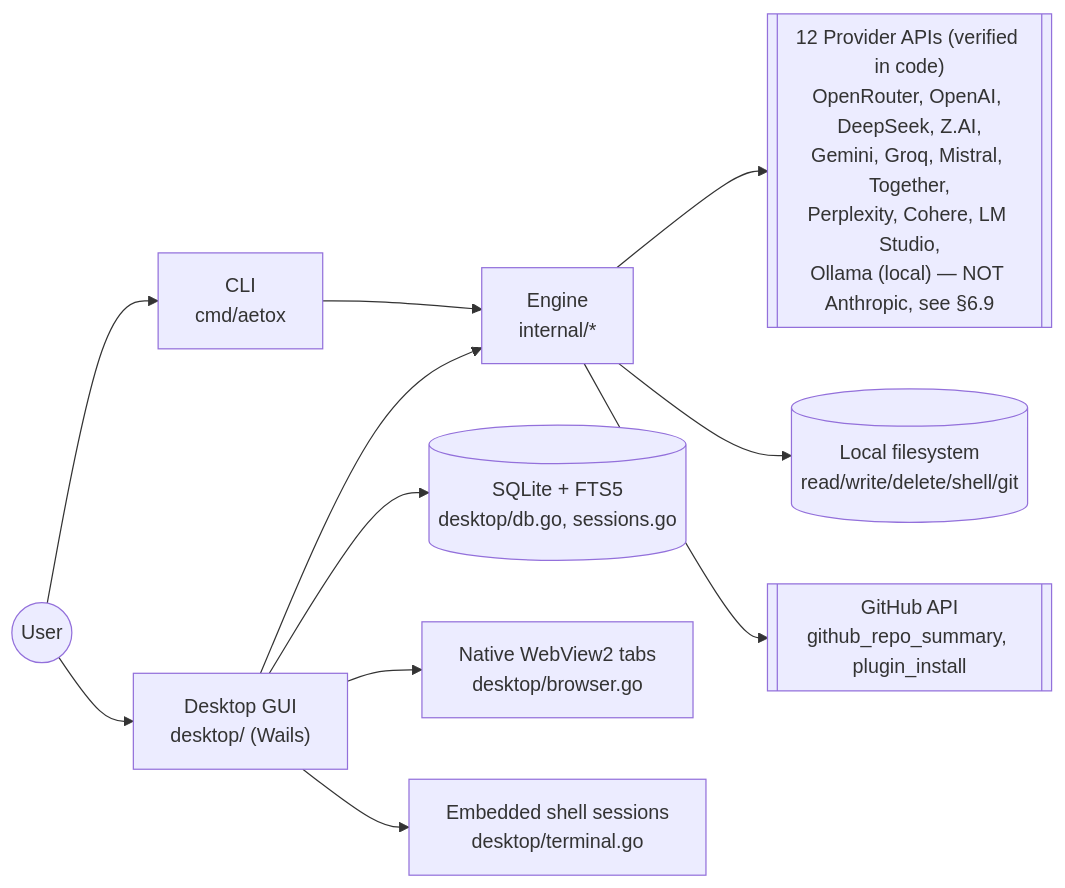
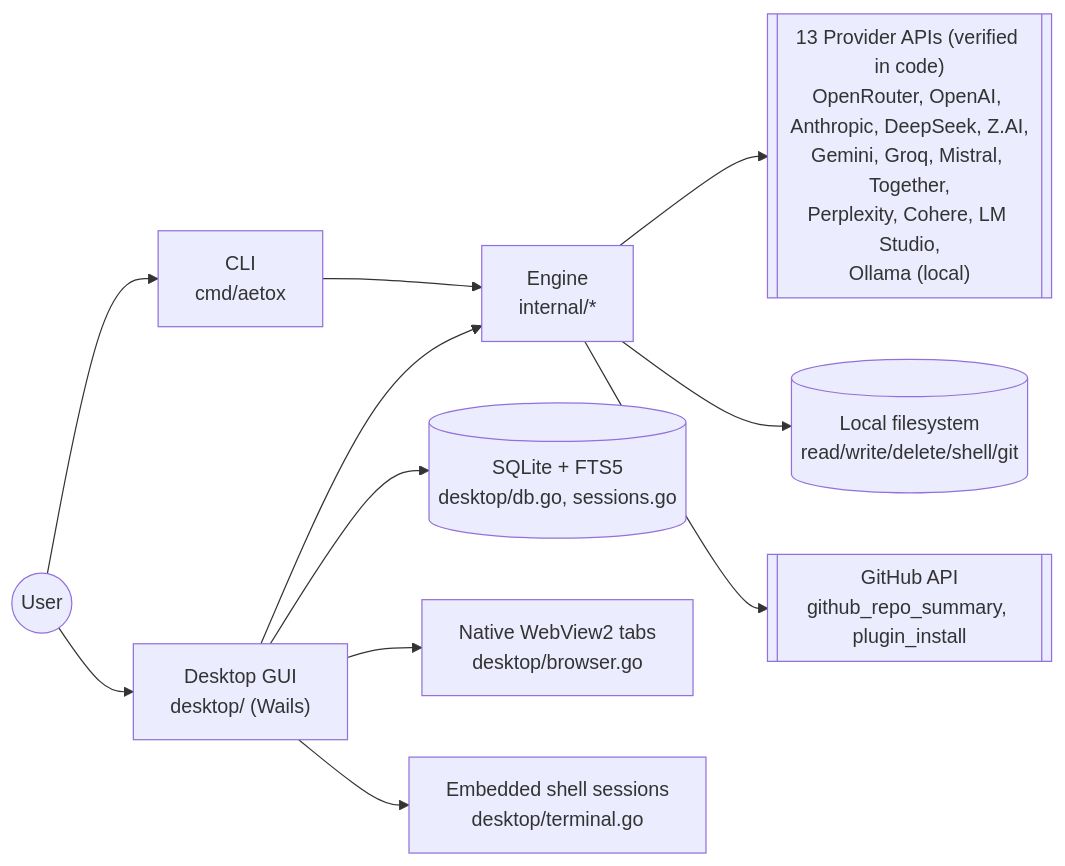
The first of 4 diagrams in ARCHITECTURE.md (Mike0165115321/Aetox), drawn with Mermaid before and after one commit. The commit also changed other lines of this file and 8 other files, not shown here.

First line of the commit message:
feat: add Anthropic (Claude) as a real model provider

````diff
--- a/ARCHITECTURE.md
+++ b/ARCHITECTURE.md
@@ -57,16 +57,16 @@
 ```mermaid
 flowchart LR
     User(("User")) --> CLI["CLI\ncmd/aetox"]
     User --> Desktop["Desktop GUI\ndesktop/ (Wails)"]
 
     CLI --> Engine["Engine\ninternal/*"]
     Desktop --> Engine
 
-    Engine --> Providers[["12 Provider APIs (verified in code)\nOpenRouter, OpenAI, DeepSeek, Z.AI,\nGemini, Groq, Mistral, Together,\nPerplexity, Cohere, LM Studio,\nOllama (local) — NOT Anthropic, see §6.9"]]
+    Engine --> Providers[["13 Provider APIs (verified in code)\nOpenRouter, OpenAI, Anthropic, DeepSeek, Z.AI,\nGemini, Groq, Mistral, Together,\nPerplexity, Cohere, LM Studio,\nOllama (local)"]]
     Engine --> FS[("Local filesystem\nread/write/delete/shell/git")]
     Engine --> GH[["GitHub API\ngithub_repo_summary, plugin_install"]]
 
     Desktop --> SQLite[("SQLite + FTS5\ndesktop/db.go, sessions.go")]
     Desktop --> WebView["Native WebView2 tabs\ndesktop/browser.go"]
     Desktop --> Shell["Embedded shell sessions\ndesktop/terminal.go"]
 ```
````
